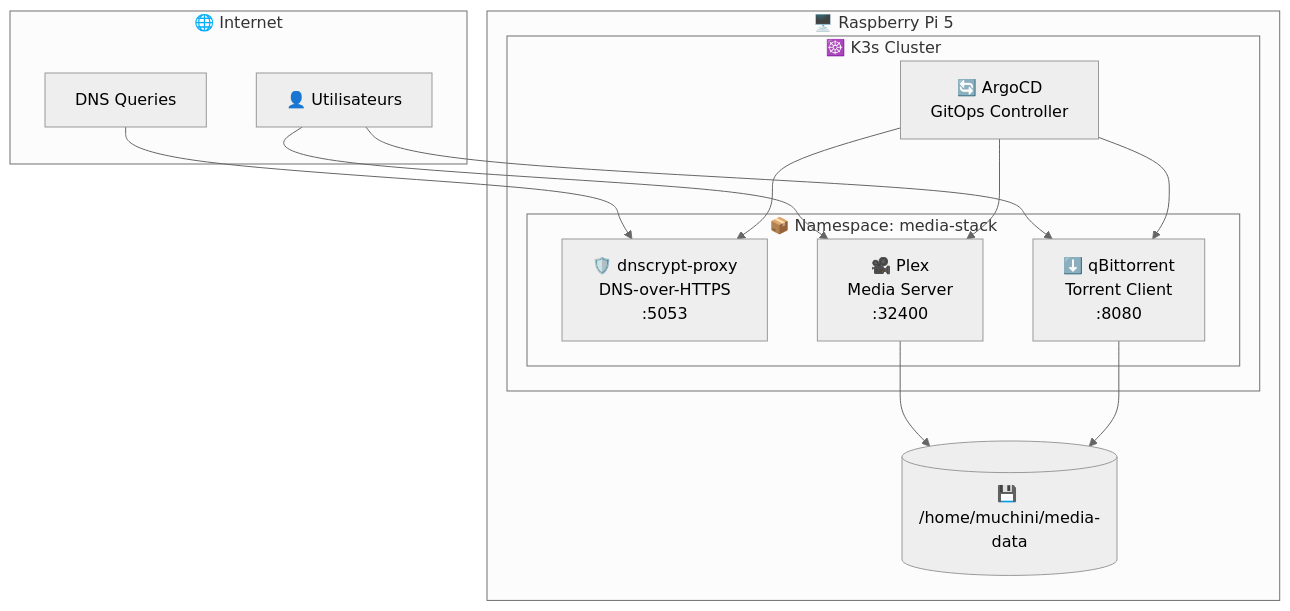
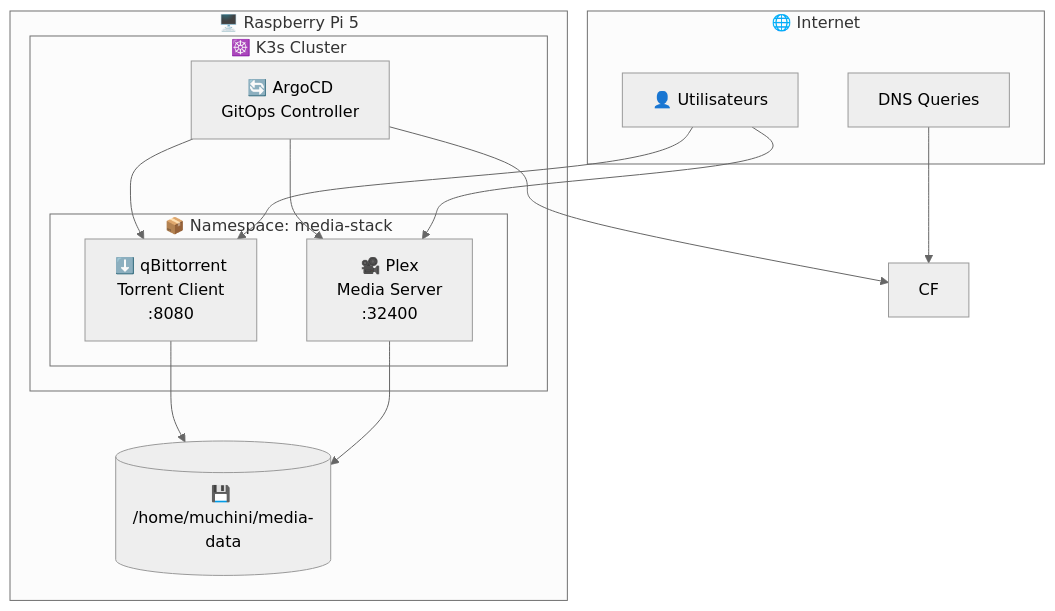
The first of 3 diagrams in README.md (muchiny/media-stack-k8s), drawn with Mermaid (neutral theme) before and after one commit. The commit also changed other lines of this file and 20 other files, not shown here.

````diff
--- a/README.md
+++ b/README.md
@@ -7,30 +7,29 @@
 ```mermaid
 graph TB
     subgraph "🌐 Internet"
         DNS[DNS Queries]
         Users[👤 Utilisateurs]
     end
 
     subgraph "🖥️ Raspberry Pi 5"
         subgraph "☸️ K3s Cluster"
             ArgoCD[🔄 ArgoCD<br/>GitOps Controller]
 
             subgraph "📦 Namespace: media-stack"
-                CF[🛡️ dnscrypt-proxy<br/>DNS-over-HTTPS<br/>:5053]
                 Plex[🎥 Plex<br/>Media Server<br/>:32400]
                 QB[⬇️ qBittorrent<br/>Torrent Client<br/>:8080]
             end
         end
 
         Storage[(💾 /home/muchini/media-data)]
     end
 
     DNS --> CF
     Users --> Plex
     Users --> QB
     ArgoCD --> CF
     ArgoCD --> Plex
     ArgoCD --> QB
     Plex --> Storage
     QB --> Storage
 ```
````
